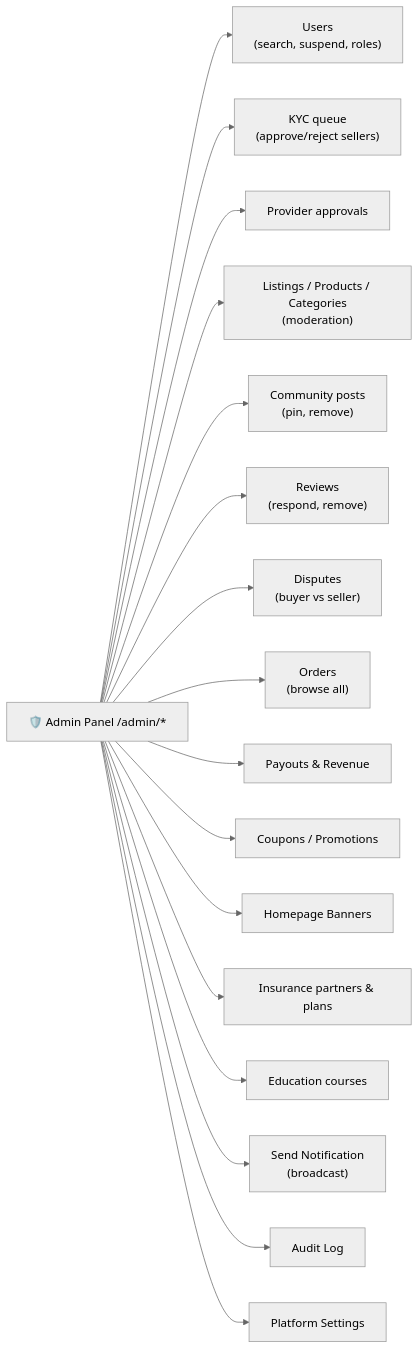
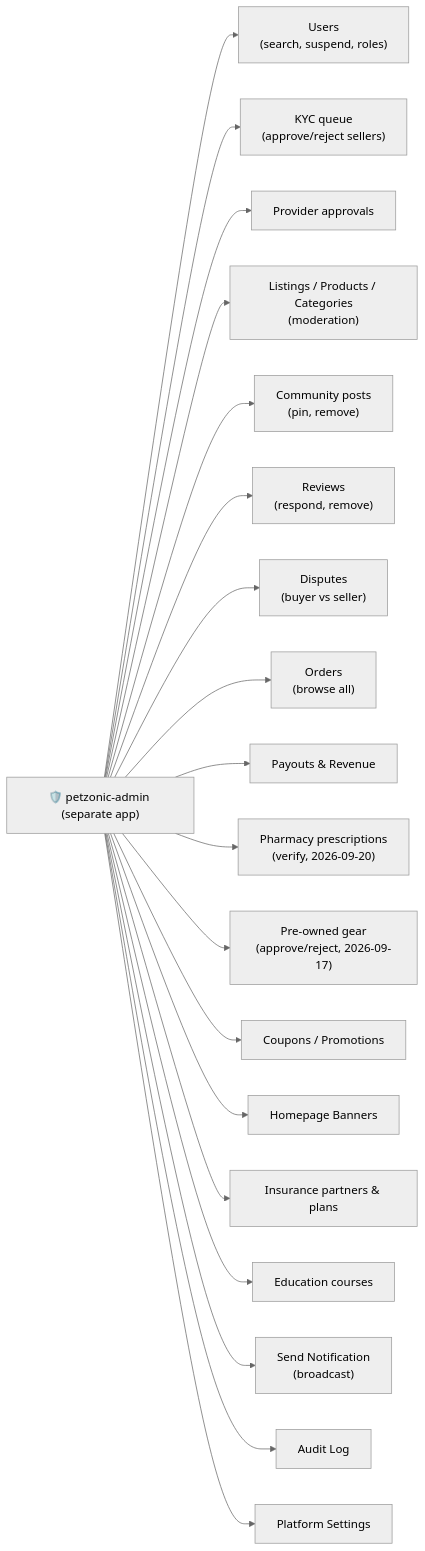
Before and after one commit to sudarsan-22/PetZonic: the fifth of 5 diagrams in docs/08-appication-visual diagram/application-interconnection.md, drawn with Mermaid (neutral theme). The commit also changed other lines of this file and 44 other files, not shown here.

````diff
--- a/docs/08-appication-visual diagram/application-interconnection.md
+++ b/docs/08-appication-visual diagram/application-interconnection.md
@@ -188,21 +207,23 @@
 ```mermaid
 graph LR
-    Admin["🛡️ Admin Panel /admin/*"]
+    Admin["🛡️ petzonic-admin (separate app)"]
 
     Admin --> Users["Users<br/>(search, suspend, roles)"]
     Admin --> KYC["KYC queue<br/>(approve/reject sellers)"]
     Admin --> Providers["Provider approvals"]
     Admin --> Listings["Listings / Products / Categories<br/>(moderation)"]
     Admin --> Community["Community posts<br/>(pin, remove)"]
     Admin --> Reviews["Reviews<br/>(respond, remove)"]
     Admin --> Disputes["Disputes<br/>(buyer vs seller)"]
     Admin --> Orders["Orders<br/>(browse all)"]
     Admin --> Payouts["Payouts &amp; Revenue"]
+    Admin --> Rx["Pharmacy prescriptions<br/>(verify, 2026-09-20)"]
+    Admin --> PreOwned["Pre-owned gear<br/>(approve/reject, 2026-09-17)"]
     Admin --> Promotions["Coupons / Promotions"]
     Admin --> Banners["Homepage Banners"]
     Admin --> Insurance["Insurance partners &amp; plans"]
     Admin --> Education["Education courses"]
     Admin --> Notify["Send Notification<br/>(broadcast)"]
     Admin --> Audit["Audit Log"]
     Admin --> Settings["Platform Settings"]
 ```
````
